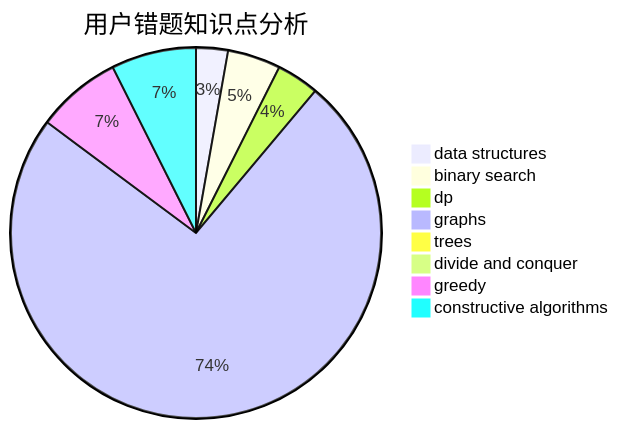
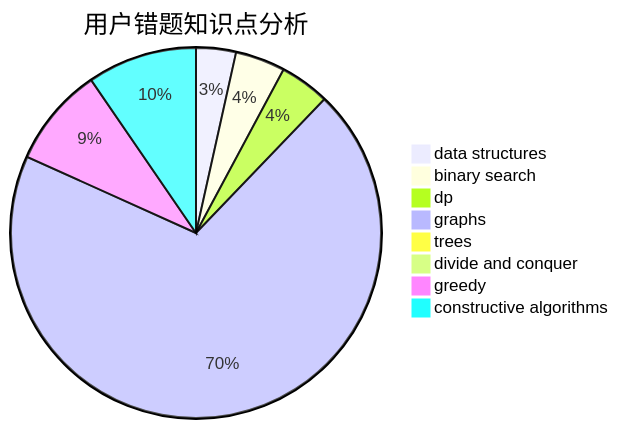
Before and after one commit to sherpahu/cfrs.github.io: the third of 3 diagrams in docs/user/u2654.md, drawn with Mermaid. The commit also changed other lines of this file and 2770 other files, not shown here.

````diff
--- a/docs/user/u2654.md
+++ b/docs/user/u2654.md
@@ -36,11 +36,11 @@
 ```mermaid
 pie title 用户错题知识点分析
-    "data structures" :  3
+    "data structures" :  4
     "binary search" :  5
-    "dp" :  4
+    "dp" :  5
     "graphs" :  80
     "trees" :  0
     "divide and conquer" :  0
-    "greedy" :  8
-    "constructive algorithms" :  8
+    "greedy" :  10
+    "constructive algorithms" :  11
 ```
````
